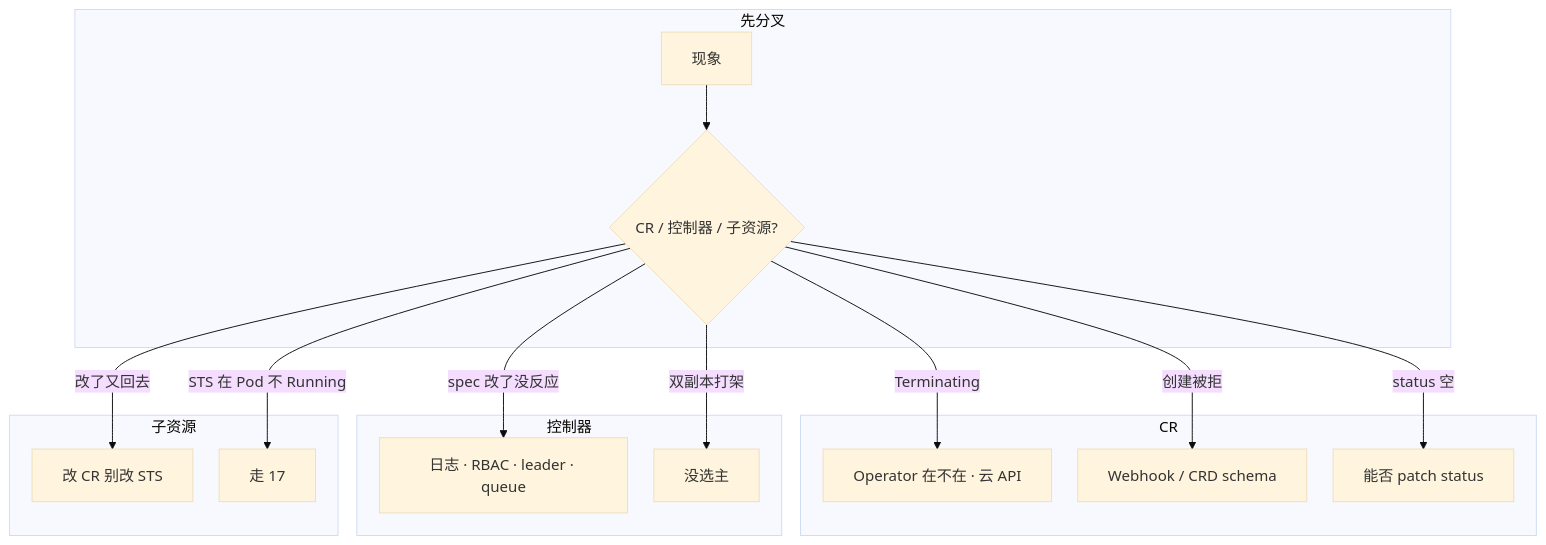
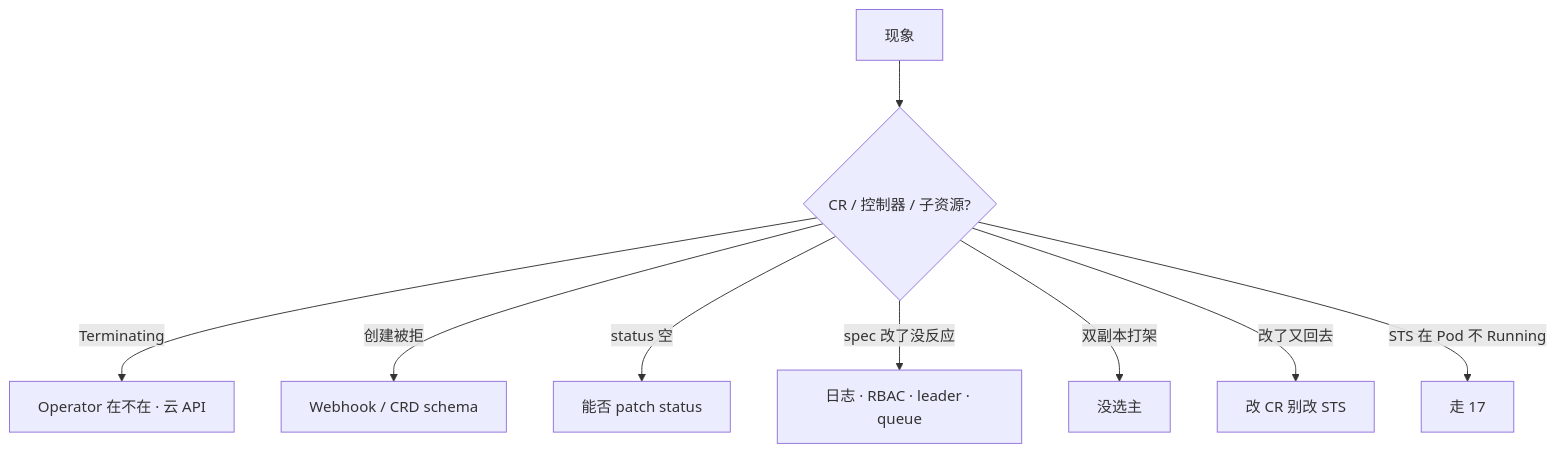
The eighth of 8 diagrams in 03-Kubernetes/21-Operator与CRD/知识点.md (ml-cuizijun/LearnToLilith), drawn with Mermaid before and after one commit. The commit also changed other lines of this file and 178 other files, not shown here.

````diff
--- a/03-Kubernetes/21-Operator与CRD/知识点.md
+++ b/03-Kubernetes/21-Operator与CRD/知识点.md
@@ -496,28 +372,11 @@
 ```mermaid
-%%{init: {"flowchart": {"padding": 16, "nodeSpacing": 28, "rankSpacing": 48}, "theme": "base"}}%%
 flowchart TB
-    subgraph gate ["先分叉"]
-        A[现象] --> B{CR / 控制器 / 子资源?}
-    end
-
-    subgraph cr ["CR"]
-        B -->|Terminating| C[Operator 在不在 · 云 API]
-        B -->|创建被拒| D[Webhook / CRD schema]
-        B -->|status 空| E[能否 patch status]
-    end
-
-    subgraph ctrl ["控制器"]
-        B -->|spec 改了没反应| F[日志 · RBAC · leader · queue]
-        B -->|双副本打架| G[没选主]
-    end
-
-    subgraph child ["子资源"]
-        B -->|改了又回去| H[改 CR 别改 STS]
-        B -->|STS 在 Pod 不 Running| I[走 17]
-    end
-
-    class C,D bad
-    class H,I ok
-    class F,G,E warn
-
+    A[现象] --> B{CR / 控制器 / 子资源?}
+    B -->|Terminating| C[Operator 在不在 · 云 API]
+    B -->|创建被拒| D[Webhook / CRD schema]
+    B -->|status 空| E[能否 patch status]
+    B -->|spec 改了没反应| F[日志 · RBAC · leader · queue]
+    B -->|双副本打架| G[没选主]
+    B -->|改了又回去| H[改 CR 别改 STS]
+    B -->|STS 在 Pod 不 Running| I[走 17]
 ```
````
